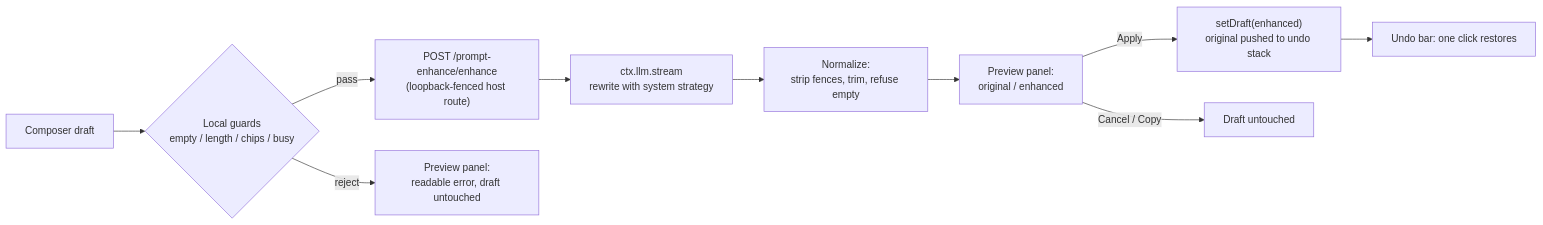
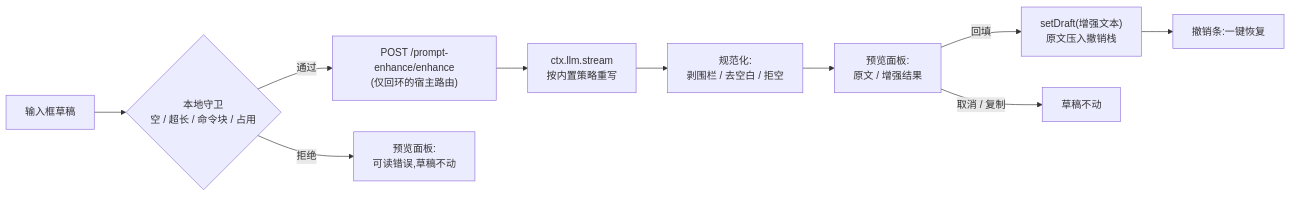
One commit to ZiYuan258/dsh-prompt-enhance changed the diagram in README.md. Above: the diagram before and after it, drawn with Mermaid. The commit also changed other lines of this file and 6 other files, not shown here.

````diff
--- a/README.md
+++ b/README.md
@@ -84,12 +62,12 @@
 ```mermaid
 flowchart LR
-    A[Composer draft] --> B{Local guards<br/>empty / length / chips / busy}
-    B -- pass --> C["POST /prompt-enhance/enhance<br/>(loopback-fenced host route)"]
-    B -- reject --> P[Preview panel:<br/>readable error, draft untouched]
-    C --> D["ctx.llm.stream<br/>rewrite with system strategy"]
-    D --> E[Normalize:<br/>strip fences, trim, refuse empty]
-    E --> F[Preview panel:<br/>original / enhanced]
-    F -- Apply --> G["setDraft(enhanced)<br/>original pushed to undo stack"]
-    F -- Cancel / Copy --> H[Draft untouched]
-    G --> U[Undo bar: one click restores]
+    A[输入框草稿] --> B{本地守卫<br/>空 / 超长 / 命令块 / 占用}
+    B -- 通过 --> C["POST /prompt-enhance/enhance<br/>(仅回环的宿主路由)"]
+    B -- 拒绝 --> P[预览面板:<br/>可读错误,草稿不动]
+    C --> D["ctx.llm.stream<br/>按内置策略重写"]
+    D --> E[规范化:<br/>剥围栏 / 去空白 / 拒空]
+    E --> F[预览面板:<br/>原文 / 增强结果]
+    F -- 回填 --> G["setDraft(增强文本)<br/>原文压入撤销栈"]
+    F -- 取消 / 复制 --> H[草稿不动]
+    G --> U[撤销条:一键恢复]
 ```
````
